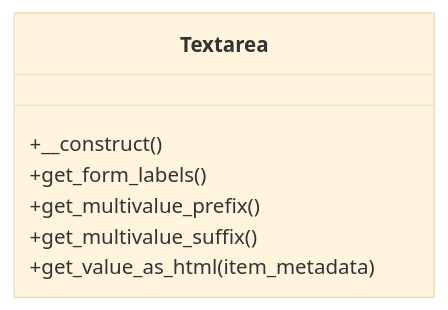
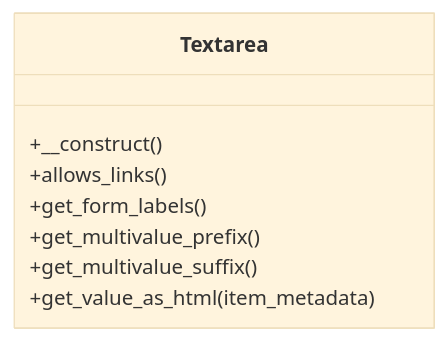
One commit to tainacan/tainacan changed the diagram in docs/phpdoc/classes/Tainacan/Metadata_Types/Textarea.mmd. Above: the diagram before and after it, drawn with Mermaid (base theme). The commit also changed 122 other files, not shown here.

```diff
--- a/docs/phpdoc/classes/Tainacan/Metadata_Types/Textarea.mmd
+++ b/docs/phpdoc/classes/Tainacan/Metadata_Types/Textarea.mmd
@@ -1,9 +1,10 @@
 classDiagram
     direction TB
     class Textarea {
         +__construct()
+        +allows_links()
         +get_form_labels()
         +get_multivalue_prefix()
         +get_multivalue_suffix()
         +get_value_as_html(item_metadata)
     }
```
